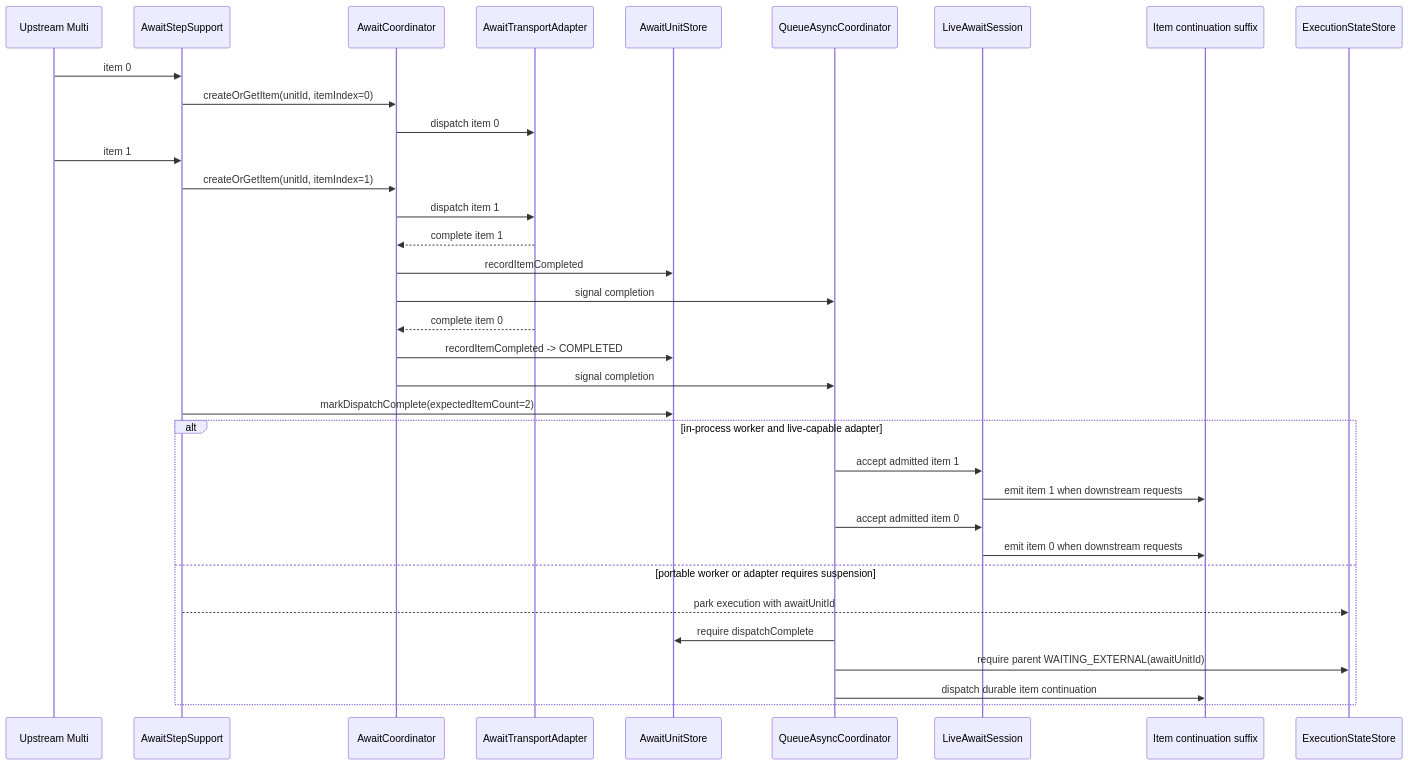
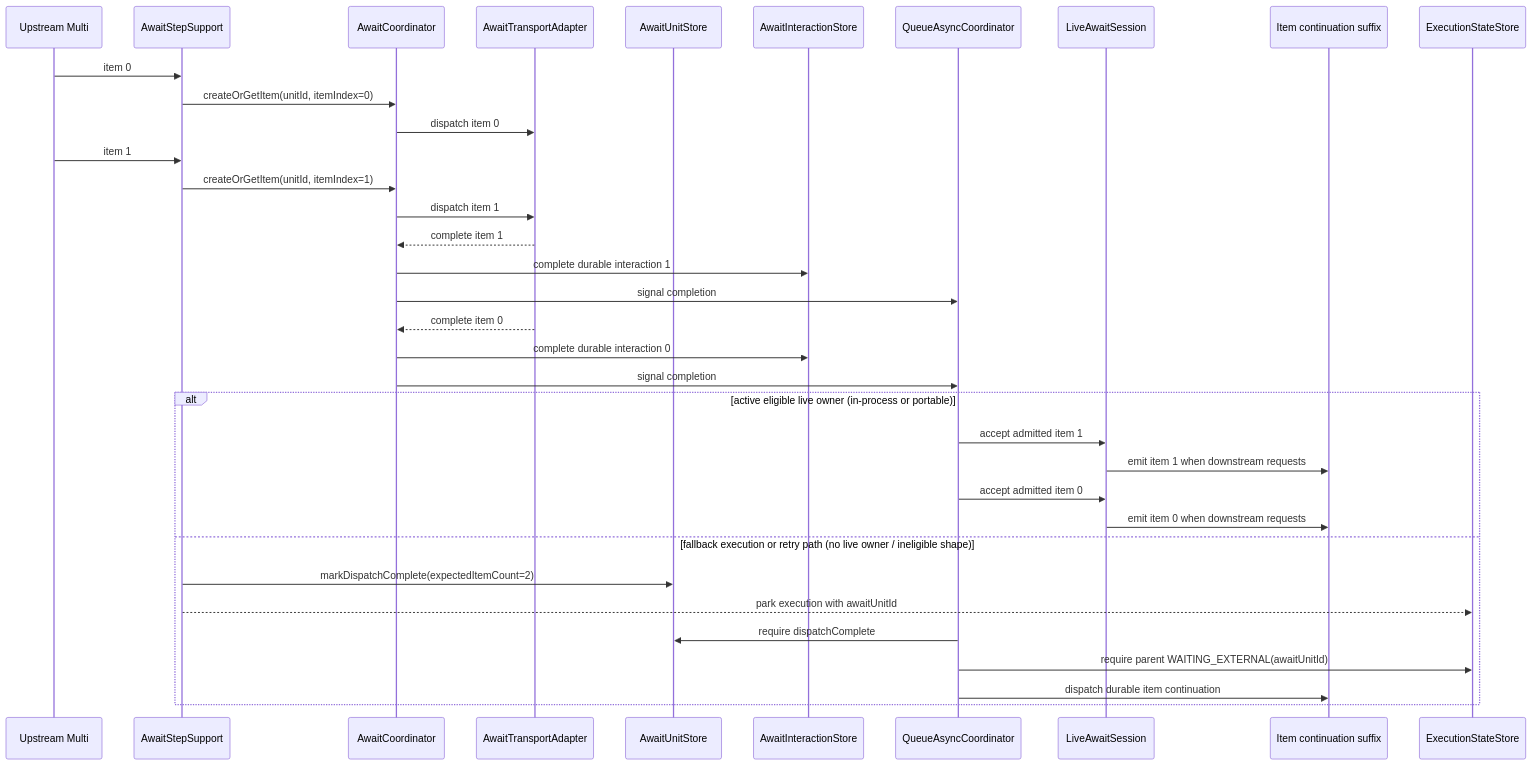
The second of 11 diagrams in docs/evolve/await-unit-runtime/sequences.md (The-Pipeline-Framework/pipelineframework), drawn with Mermaid before and after one commit. The commit also changed other lines of this file and 51 other files, not shown here.

First line of the commit message:
Fixed await steps' live sessions (#565)

````diff
--- a/docs/evolve/await-unit-runtime/sequences.md
+++ b/docs/evolve/await-unit-runtime/sequences.md
@@ -37,37 +37,38 @@
 ```mermaid
 sequenceDiagram
     participant Source as Upstream Multi
     participant Step as AwaitStepSupport
     participant Coord as AwaitCoordinator
     participant Adapter as AwaitTransportAdapter
     participant UnitStore as AwaitUnitStore
+    participant InteractionStore as AwaitInteractionStore
     participant Queue as QueueAsyncCoordinator
     participant Live as LiveAwaitSession
     participant Suffix as Item continuation suffix
     participant ExecStore as ExecutionStateStore
 
     Source->>Step: item 0
     Step->>Coord: createOrGetItem(unitId, itemIndex=0)
     Coord->>Adapter: dispatch item 0
     Source->>Step: item 1
     Step->>Coord: createOrGetItem(unitId, itemIndex=1)
     Coord->>Adapter: dispatch item 1
     Adapter-->>Coord: complete item 1
-    Coord->>UnitStore: recordItemCompleted
+    Coord->>InteractionStore: complete durable interaction 1
     Coord->>Queue: signal completion
     Adapter-->>Coord: complete item 0
-    Coord->>UnitStore: recordItemCompleted -> COMPLETED
+    Coord->>InteractionStore: complete durable interaction 0
     Coord->>Queue: signal completion
-    Step->>UnitStore: markDispatchComplete(expectedItemCount=2)
-    alt in-process worker and live-capable adapter
+    alt active eligible live owner (in-process or portable)
       Queue->>Live: accept admitted item 1
       Live->>Suffix: emit item 1 when downstream requests
       Queue->>Live: accept admitted item 0
       Live->>Suffix: emit item 0 when downstream requests
-    else portable worker or adapter requires suspension
+    else fallback execution or retry path (no live owner / ineligible shape)
+      Step->>UnitStore: markDispatchComplete(expectedItemCount=2)
       Step-->>ExecStore: park execution with awaitUnitId
       Queue->>UnitStore: require dispatchComplete
       Queue->>ExecStore: require parent WAITING_EXTERNAL(awaitUnitId)
       Queue->>Suffix: dispatch durable item continuation
     end
 ```
````
